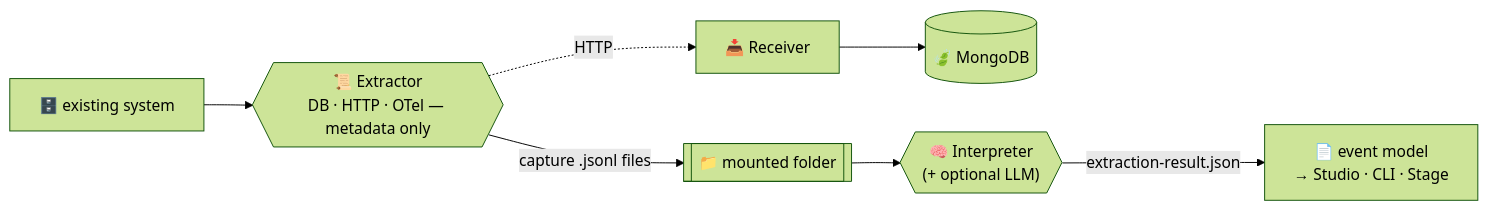
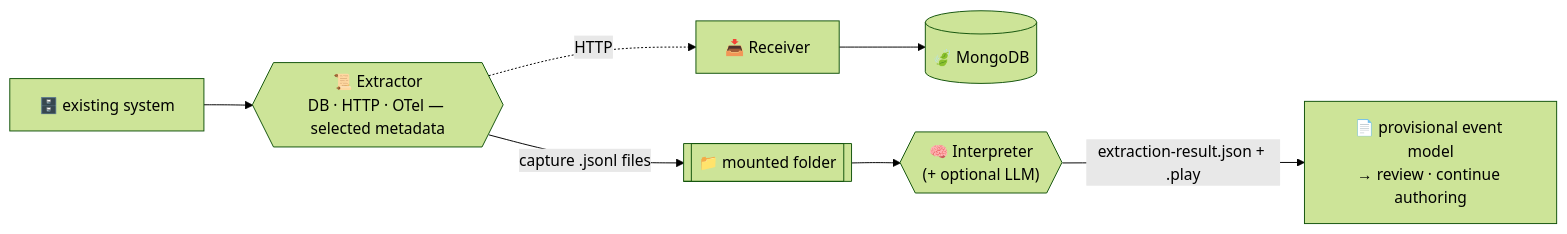
The diagram in README.md (Cratis/Prologue), drawn with Mermaid (forest theme) before and after one commit. The commit also changed other lines of this file and 13 other files, not shown here.

````diff
--- a/README.md
+++ b/README.md
@@ -48,8 +49,8 @@
 ```mermaid
 flowchart LR
-    Sys["🗄️ existing system"] --> Ext{{"📜 Extractor<br/>DB · HTTP · OTel — metadata only"}}
+    Sys["🗄️ existing system"] --> Ext{{"📜 Extractor<br/>DB · HTTP · OTel — selected metadata"}}
     Ext -->|"capture .jsonl files"| Folder[["📁 mounted folder"]]
     Ext -.->|"HTTP"| Rcv["📥 Receiver"] --> Mongo[("🍃 MongoDB")]
     Folder --> Interp{{"🧠 Interpreter<br/>(+ optional LLM)"}}
-    Interp -->|"extraction-result.json"| Model["📄 event model<br/>→ Studio · CLI · Stage"]
+    Interp -->|"extraction-result.json + .play"| Model["📄 provisional event model<br/>→ review · continue authoring"]
 ```
````
